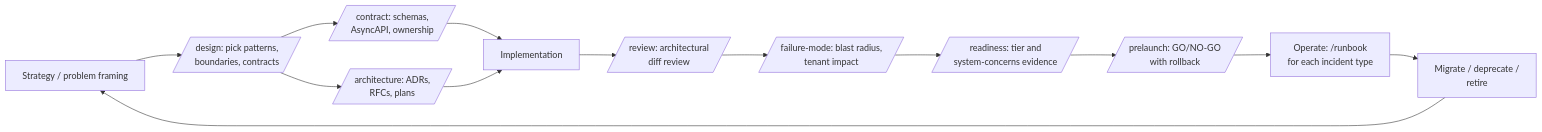
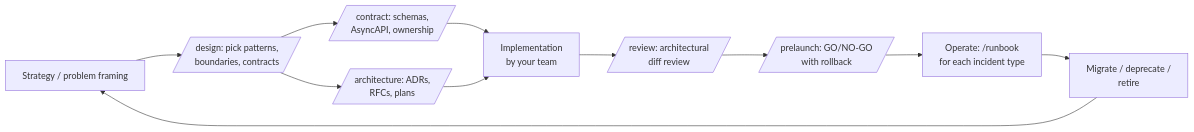
One commit to adibhanna/distributed-systems-patterns changed the diagram in README.md. Above: the diagram before and after it, drawn with Mermaid. The commit also changed other lines of this file and 16 other files, not shown here.

````diff
--- a/README.md
+++ b/README.md
@@ -248,15 +181,13 @@
 ```mermaid
 flowchart LR
     A[Strategy / problem framing] --> B[/design: pick patterns,<br/>boundaries, contracts/]
     B --> C[/contract: schemas,<br/>AsyncAPI, ownership/]
     B --> D[/architecture: ADRs,<br/>RFCs, plans/]
-    C --> E[Implementation]
+    C --> E[Implementation<br/>by your team]
     D --> E
     E --> F[/review: architectural<br/>diff review/]
-    F --> G[/failure-mode: blast radius,<br/>tenant impact/]
-    G --> H[/readiness: tier and<br/>system-concerns evidence/]
-    H --> I[/prelaunch: GO/NO-GO<br/>with rollback/]
-    I --> J[Operate: /runbook<br/>for each incident type]
-    J --> K[Migrate / deprecate /<br/>retire]
-    K --> A
+    F --> G[/prelaunch: GO/NO-GO<br/>with rollback/]
+    G --> H[Operate: /runbook<br/>for each incident type]
+    H --> I[Migrate / deprecate /<br/>retire]
+    I --> A
 ```
````
